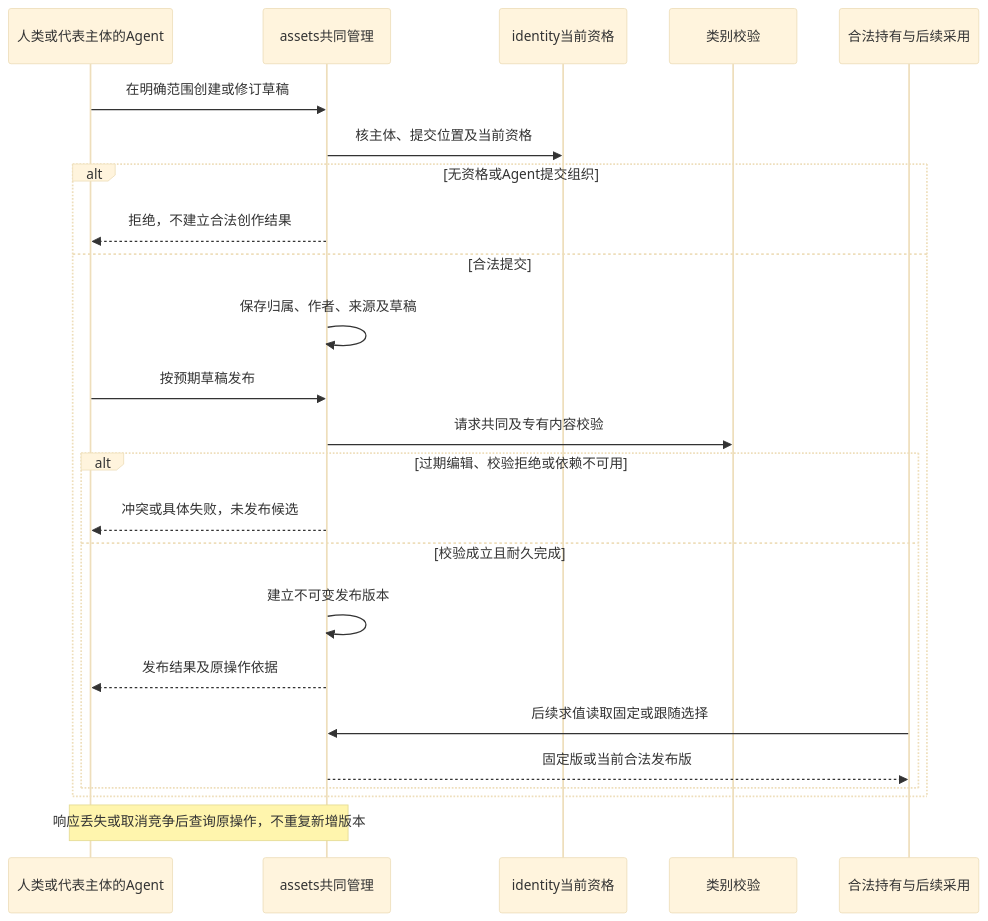
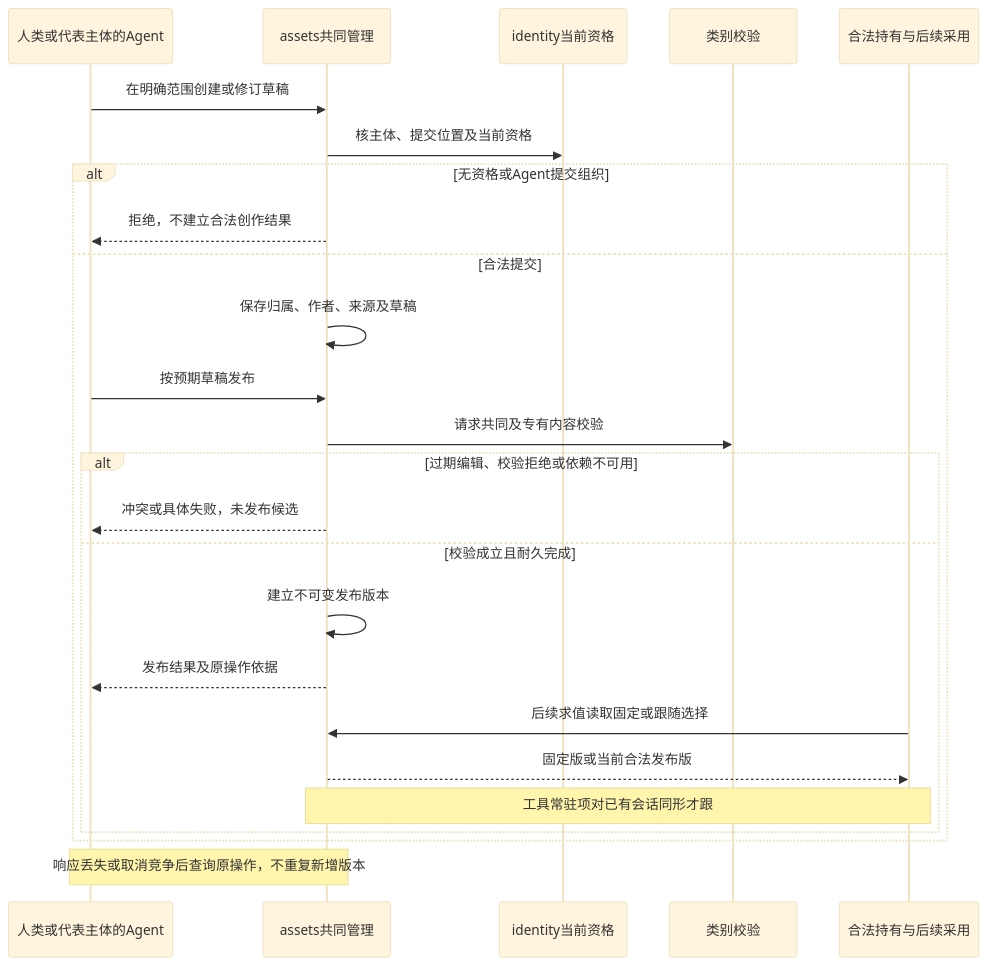
One commit to nemori-ai/omne-harness-lite changed the second of 7 diagrams in packages/assets/assets/docs/internals.md. Above: the diagram before and after it, drawn with Mermaid (base theme). The commit also changed other lines of this file and 27 other files, not shown here.

````diff
--- a/packages/assets/assets/docs/internals.md
+++ b/packages/assets/assets/docs/internals.md
@@ -75,26 +75,27 @@
 ```mermaid
 sequenceDiagram
   participant U as 人类或代表主体的Agent
   participant A as assets共同管理
   participant I as identity当前资格
   participant C as 类别校验
   participant H as 合法持有与后续采用
   U->>A: 在明确范围创建或修订草稿
   A->>I: 核主体、提交位置及当前资格
   alt 无资格或Agent提交组织
     A-->>U: 拒绝，不建立合法创作结果
   else 合法提交
     A->>A: 保存归属、作者、来源及草稿
     U->>A: 按预期草稿发布
     A->>C: 请求共同及专有内容校验
     alt 过期编辑、校验拒绝或依赖不可用
       A-->>U: 冲突或具体失败，未发布候选
     else 校验成立且耐久完成
       A->>A: 建立不可变发布版本
       A-->>U: 发布结果及原操作依据
       H->>A: 后续求值读取固定或跟随选择
       A-->>H: 固定版或当前合法发布版
+      Note over H,A: 工具常驻项对已有会话同形才跟
     end
   end
   Note over U,A: 响应丢失或取消竞争后查询原操作，不重复新增版本
 ```
````
